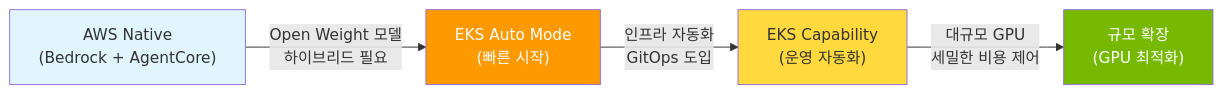
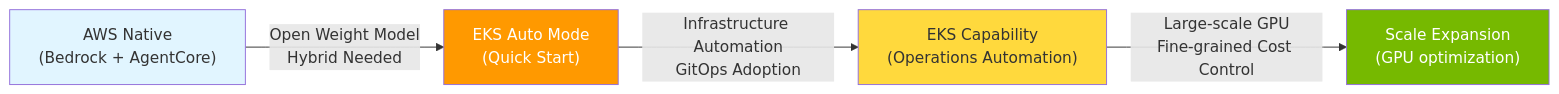
Before and after one commit to devfloor9/engineering-playbook: the ninth of 9 diagrams in i18n/en/docusaurus-plugin-content-docs/current/agentic-ai-platform/design-architecture/agentic-ai-solutions-eks.md, drawn with Mermaid. The commit also changed other lines of this file and 105 other files, not shown here.

````diff
--- a/i18n/en/docusaurus-plugin-content-docs/current/agentic-ai-platform/design-architecture/agentic-ai-solutions-eks.md
+++ b/i18n/en/docusaurus-plugin-content-docs/current/agentic-ai-platform/design-architecture/agentic-ai-solutions-eks.md
@@ -634,16 +527,16 @@
 ```mermaid
 graph LR
     START["AWS Native<br/>(Bedrock + AgentCore)"]
-    AUTO["EKS Auto Mode<br/>(빠른 시작)"]
-    CAP["EKS Capability<br/>(운영 자동화)"]
-    SCALE["규모 확장<br/>(GPU 최적화)"]
+    AUTO["EKS Auto Mode<br/>(Quick Start)"]
+    CAP["EKS Capability<br/>(Operations Automation)"]
+    SCALE["Scale Expansion<br/>(GPU optimization)"]
 
-    START -->|"Open Weight 모델<br/>하이브리드 필요"| AUTO
-    AUTO -->|"인프라 자동화<br/>GitOps 도입"| CAP
-    CAP -->|"대규모 GPU<br/>세밀한 비용 제어"| SCALE
+    START -->|"Open Weight Model<br/>Hybrid Needed"| AUTO
+    AUTO -->|"Infrastructure Automation<br/>GitOps Adoption"| CAP
+    CAP -->|"Large-scale GPU<br/>Fine-grained Cost Control"| SCALE
 
     style START fill:#e1f5ff
     style AUTO fill:#ff9900,color:#fff
     style CAP fill:#ffd93d
     style SCALE fill:#76b900,color:#fff
 ```
````
